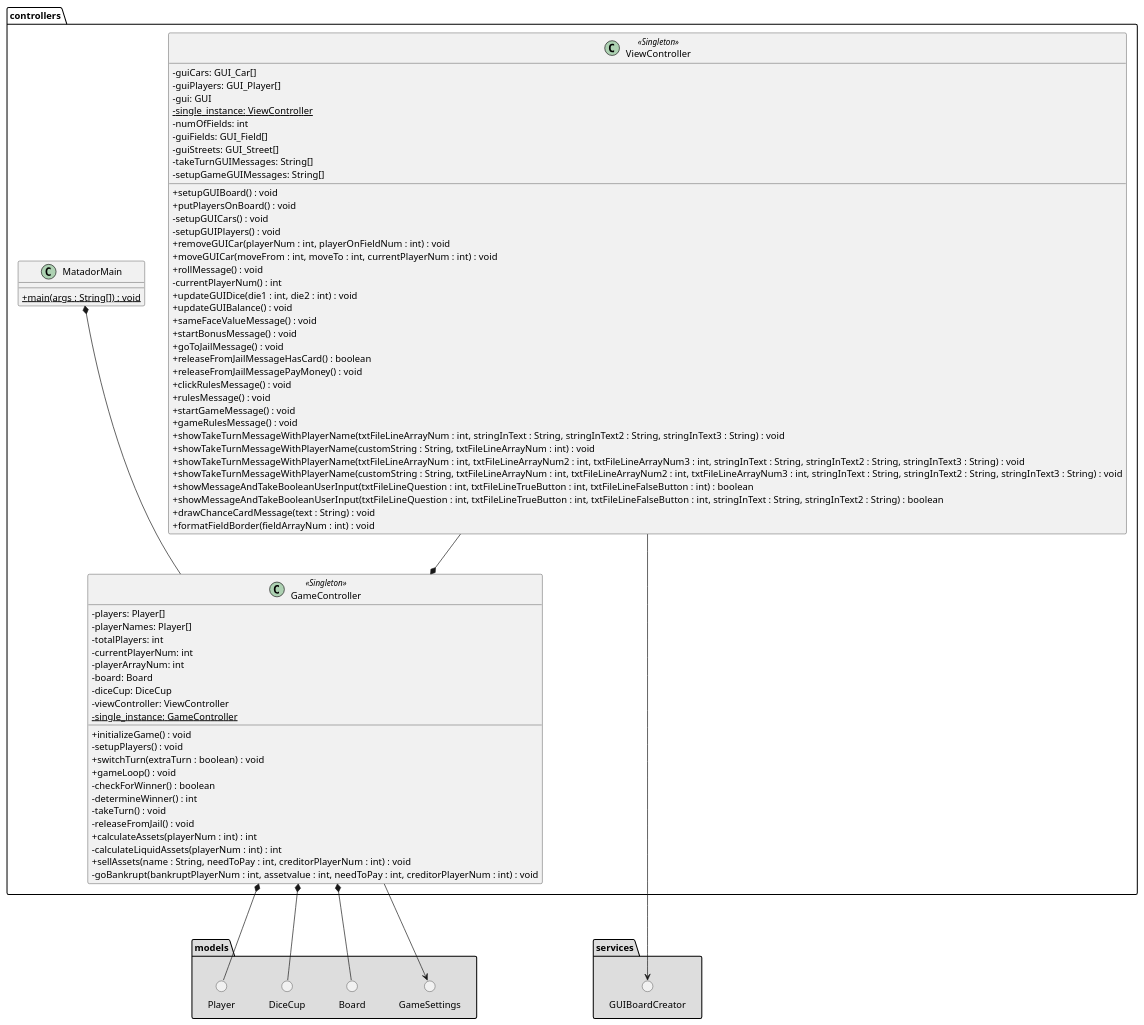
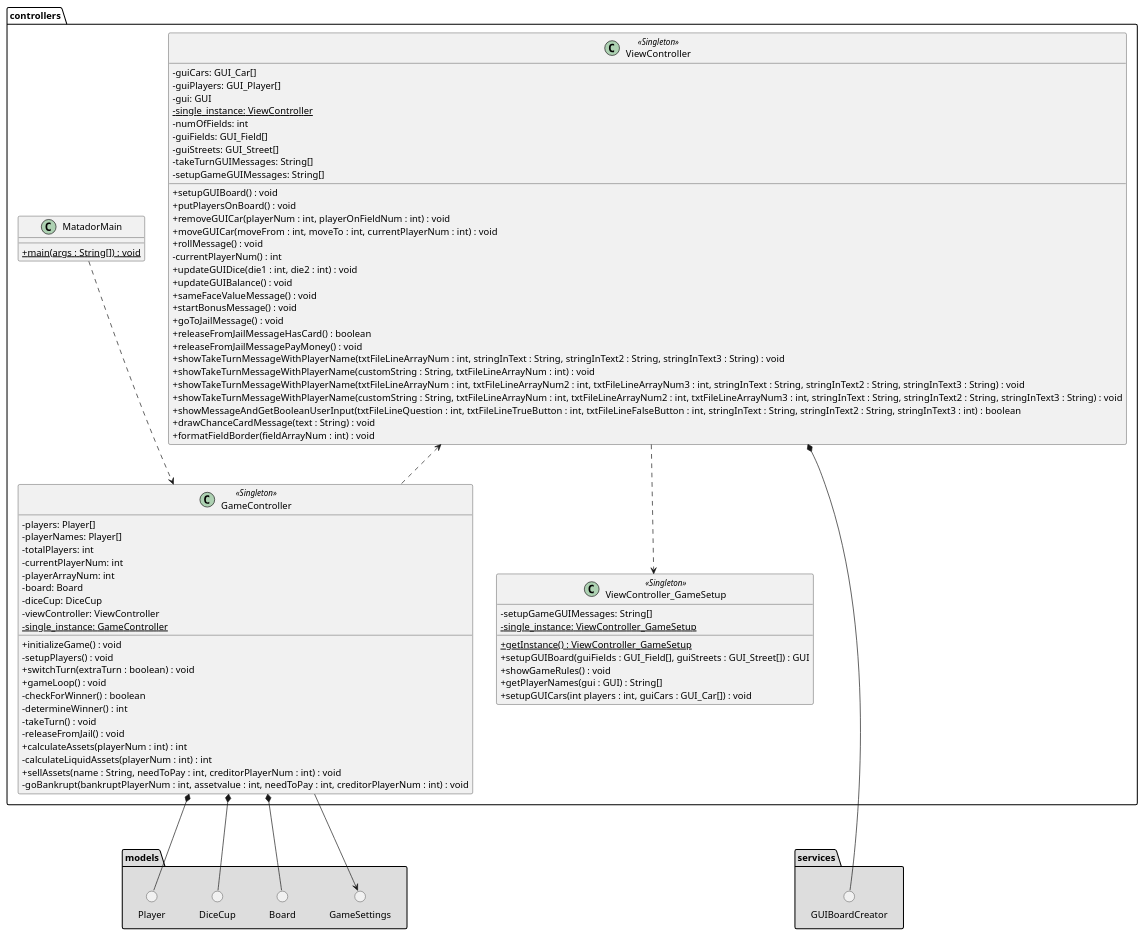
Before and after one commit to GabeKierk889/gruppe-18: the diagram in 18_final/UML/DesignClassDiagram/Package Controllers.puml, drawn with PlantUML. The commit also changed 2 other files, not shown here.

Commit message:
updated diagrams and corrected some associations.

```diff
--- a/18_final/UML/DesignClassDiagram/Package Controllers.puml
+++ b/18_final/UML/DesignClassDiagram/Package Controllers.puml
@@ -1,107 +1,113 @@
 @startuml
 'https://plantuml.com/class-diagram
 skinparam classAttributeIconSize 0
 
 package controllers {
 
 class MatadorMain {
 
     {static}+main(args : String[]) : void
 
 }
 
 class GameController <<Singleton>>{
     -players: Player[]
     -playerNames: Player[]
     -totalPlayers: int
     -currentPlayerNum: int
     -playerArrayNum: int
     -board: Board
     -diceCup: DiceCup
     -viewController: ViewController
     {static}-single_instance: GameController
 
     +initializeGame() : void
     -setupPlayers() : void
     +switchTurn(extraTurn : boolean) : void
     +gameLoop() : void
     -checkForWinner() : boolean
     -determineWinner() : int
     -takeTurn() : void
     -releaseFromJail() : void
     +calculateAssets(playerNum : int) : int
     -calculateLiquidAssets(playerNum : int) : int
     +sellAssets(name : String, needToPay : int, creditorPlayerNum : int) : void
     -goBankrupt(bankruptPlayerNum : int, assetvalue : int, needToPay : int, creditorPlayerNum : int) : void
 
 }
 
 'class GameSetupController {
 '
 '}
 
 class ViewController <<Singleton>>{
     -guiCars: GUI_Car[]
     -guiPlayers: GUI_Player[]
     -gui: GUI
     {static}-single_instance: ViewController
     -numOfFields: int
     -guiFields: GUI_Field[]
     -guiStreets: GUI_Street[]
     -takeTurnGUIMessages: String[]
     -setupGameGUIMessages: String[]
 
     +setupGUIBoard() : void
     +putPlayersOnBoard() : void
-    -setupGUICars() : void
-    -setupGUIPlayers() : void
     +removeGUICar(playerNum : int, playerOnFieldNum : int) : void
     +moveGUICar(moveFrom : int, moveTo : int, currentPlayerNum : int) : void
     +rollMessage() : void
     -currentPlayerNum() : int
     +updateGUIDice(die1 : int, die2 : int) : void
     +updateGUIBalance() : void
     +sameFaceValueMessage() : void
     +startBonusMessage() : void
     +goToJailMessage() : void
     +releaseFromJailMessageHasCard() : boolean
     +releaseFromJailMessagePayMoney() : void
-    +clickRulesMessage() : void
-    +rulesMessage() : void
-    +startGameMessage() : void
-    +gameRulesMessage() : void
     +showTakeTurnMessageWithPlayerName(txtFileLineArrayNum : int, stringInText : String, stringInText2 : String, stringInText3 : String) : void
     +showTakeTurnMessageWithPlayerName(customString : String, txtFileLineArrayNum : int) : void
     +showTakeTurnMessageWithPlayerName(txtFileLineArrayNum : int, txtFileLineArrayNum2 : int, txtFileLineArrayNum3 : int, stringInText : String, stringInText2 : String, stringInText3 : String) : void
     +showTakeTurnMessageWithPlayerName(customString : String, txtFileLineArrayNum : int, txtFileLineArrayNum2 : int, txtFileLineArrayNum3 : int, stringInText : String, stringInText2 : String, stringInText3 : String) : void
-    +showMessageAndTakeBooleanUserInput(txtFileLineQuestion : int, txtFileLineTrueButton : int, txtFileLineFalseButton : int) : boolean
-    +showMessageAndTakeBooleanUserInput(txtFileLineQuestion : int, txtFileLineTrueButton : int, txtFileLineFalseButton : int, stringInText : String, stringInText2 : String) : boolean
+    +showMessageAndGetBooleanUserInput(txtFileLineQuestion : int, txtFileLineTrueButton : int, txtFileLineFalseButton : int, stringInText : String, stringInText2 : String, stringInText3 : int) : boolean
     +drawChanceCardMessage(text : String) : void
     +formatFieldBorder(fieldArrayNum : int) : void
+
+}
+
+class ViewController_GameSetup <<Singleton>>{
+    -setupGameGUIMessages: String[]
+    {static}-single_instance: ViewController_GameSetup
+
+    {static}+getInstance() : ViewController_GameSetup
+    +setupGUIBoard(guiFields : GUI_Field[], guiStreets : GUI_Street[]) : GUI
+    +showGameRules() : void
+    +getPlayerNames(gui : GUI) : String[]
+    +setupGUICars(int players : int, guiCars : GUI_Car[]) : void
 
 }
 
 }
 
 package models #DDDDDD {
 () Player
 () DiceCup
 () Board
 () GameSettings
 
 }
 
 package services #DDDDDD {
 () GUIBoardCreator
 }
 
-MatadorMain *-- GameController
-ViewController --* GameController
-ViewController ----> GUIBoardCreator
+MatadorMain ..> GameController
+ViewController <.. GameController
+ViewController *---- GUIBoardCreator
+ViewController ..> ViewController_GameSetup
 GameController *--- Player
 GameController *--- DiceCup
 GameController *--- Board
 GameController ---> GameSettings
 
 
 @enduml
```
